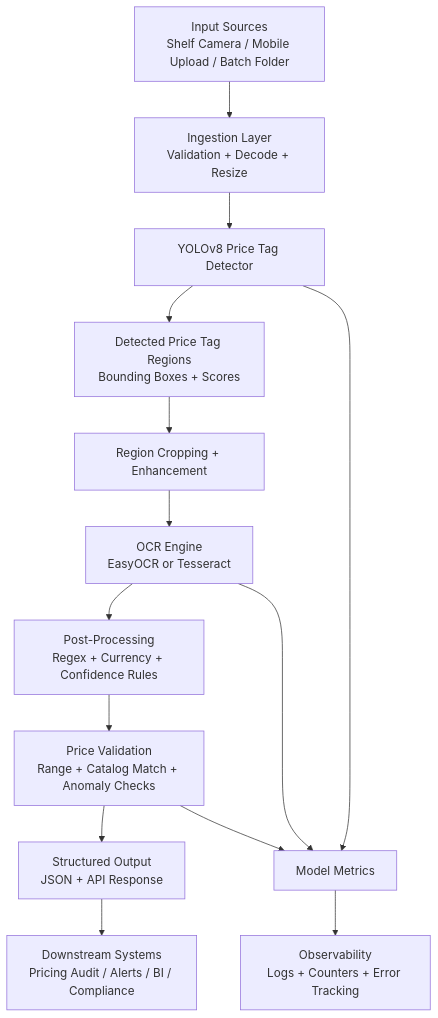
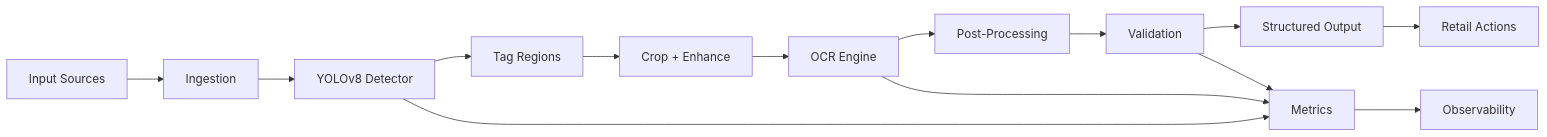
Before and after one commit to pattyish/price-tag-detection-system: the diagram in README.md, drawn with Mermaid.

Commit message:
Update on High-Level Architecture Diagram

````diff
--- a/README.md
+++ b/README.md
@@ -34,17 +34,17 @@
 ```mermaid
-flowchart TD
-    A[Input Sources<br/>Shelf Camera / Mobile Upload / Batch Folder] --> B[Ingestion Layer<br/>Validation + Decode + Resize]
-    B --> C[YOLOv8 Price Tag Detector]
-    C --> D[Detected Price Tag Regions<br/>Bounding Boxes + Scores]
-    D --> E[Region Cropping + Enhancement]
-    E --> F[OCR Engine<br/>EasyOCR or Tesseract]
-    F --> G[Post-Processing<br/>Regex + Currency + Confidence Rules]
-    G --> H[Price Validation<br/>Range + Catalog Match + Anomaly Checks]
-    H --> I[Structured Output<br/>JSON + API Response]
-    I --> J[Downstream Systems<br/>Pricing Audit / Alerts / BI / Compliance]
+flowchart LR
+    A[Input Sources] --> B[Ingestion]
+    B --> C[YOLOv8 Detector]
+    C --> D[Tag Regions]
+    D --> E[Crop + Enhance]
+    E --> F[OCR Engine]
+    F --> G[Post-Processing]
+    G --> H[Validation]
+    H --> I[Structured Output]
+    I --> J[Retail Actions]
 
-    C --> K[Model Metrics]
+    C --> K[Metrics]
     F --> K
     H --> K
-    K --> L[Observability<br/>Logs + Counters + Error Tracking]
+    K --> L[Observability]
 ```
````
